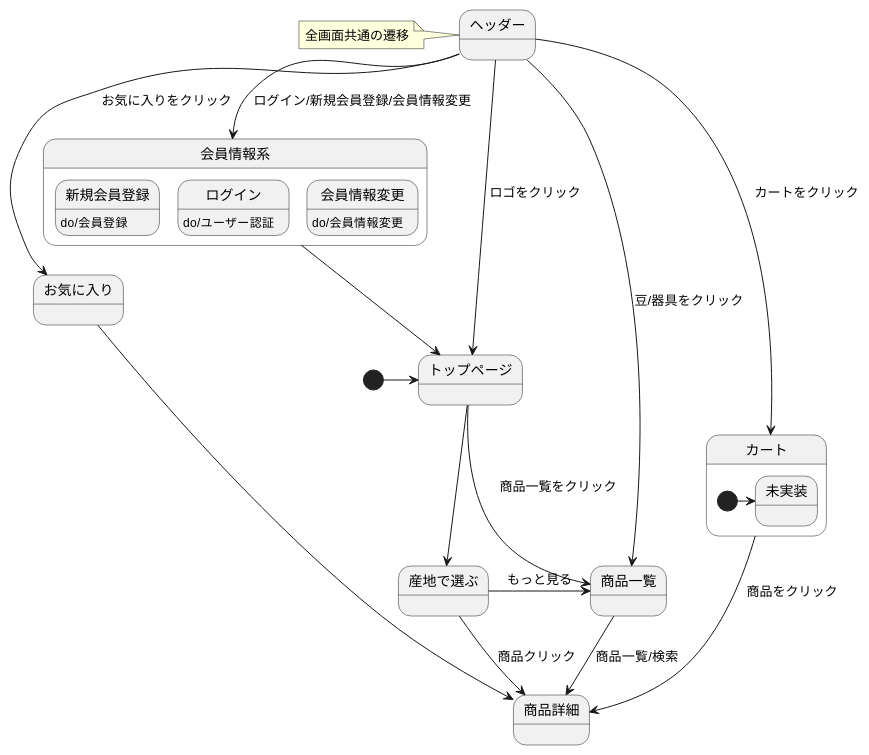
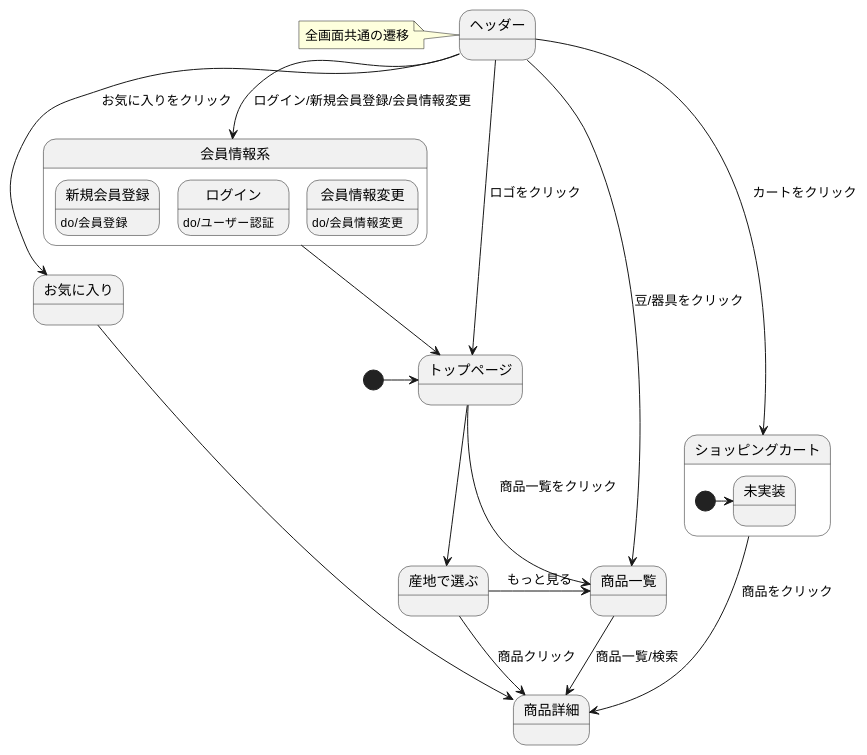
Before and after one commit to Aso2101122/coffeeEC: the diagram in 03_画面遷移図/stm_03.md, drawn with PlantUML.

````diff
--- a/03_画面遷移図/stm_03.md
+++ b/03_画面遷移図/stm_03.md
@@ -2,34 +2,34 @@
 ```uml
 @startuml
 [*]-right->トップページ
 トップページ-right->商品一覧: 商品一覧をクリック
 トップページ-->産地で選ぶ
 産地で選ぶ-right->商品一覧 : もっと見る
 産地で選ぶ-down->商品詳細 : 商品クリック
 商品一覧->商品詳細: 商品一覧/検索
 お気に入り-right->商品詳細
-カート->商品詳細: 商品をクリック
+ショッピングカート->商品詳細: 商品をクリック
 
 state ヘッダー{
 }
 note left of ヘッダー: 全画面共通の遷移
 
 
 ヘッダー-down->トップページ: ロゴをクリック
 ヘッダー-down->商品一覧: 豆/器具をクリック
 ヘッダー-down->会員情報系: ログイン/新規会員登録/会員情報変更
 ヘッダー-down->お気に入り: お気に入りをクリック
-ヘッダー-down->カート: カートをクリック
+ヘッダー-down->ショッピングカート: カートをクリック
 
 state 会員情報系{
 新規会員登録 : do/会員登録
 ログイン : do/ユーザー認証
 会員情報変更 : do/会員情報変更
 }
 会員情報系-down->トップページ
 
-state カート{
+state ショッピングカート{
 [*]-right->未実装
 }
 @enduml
 ```
````
